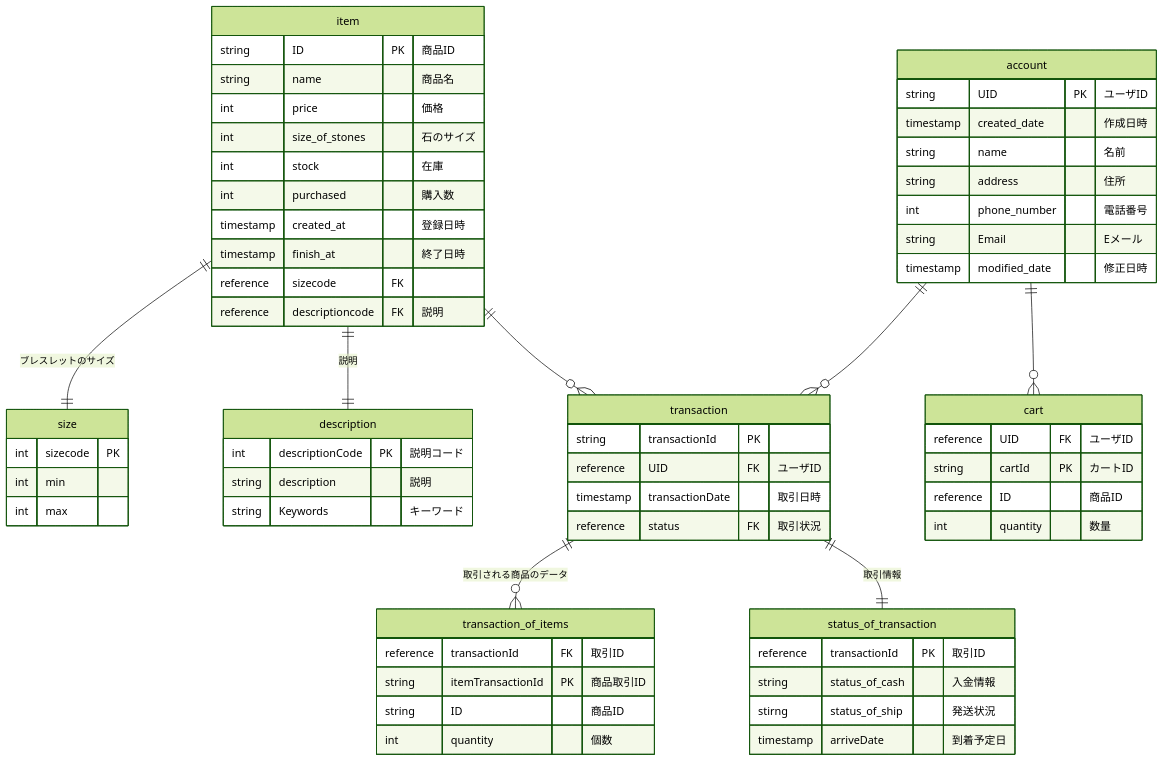
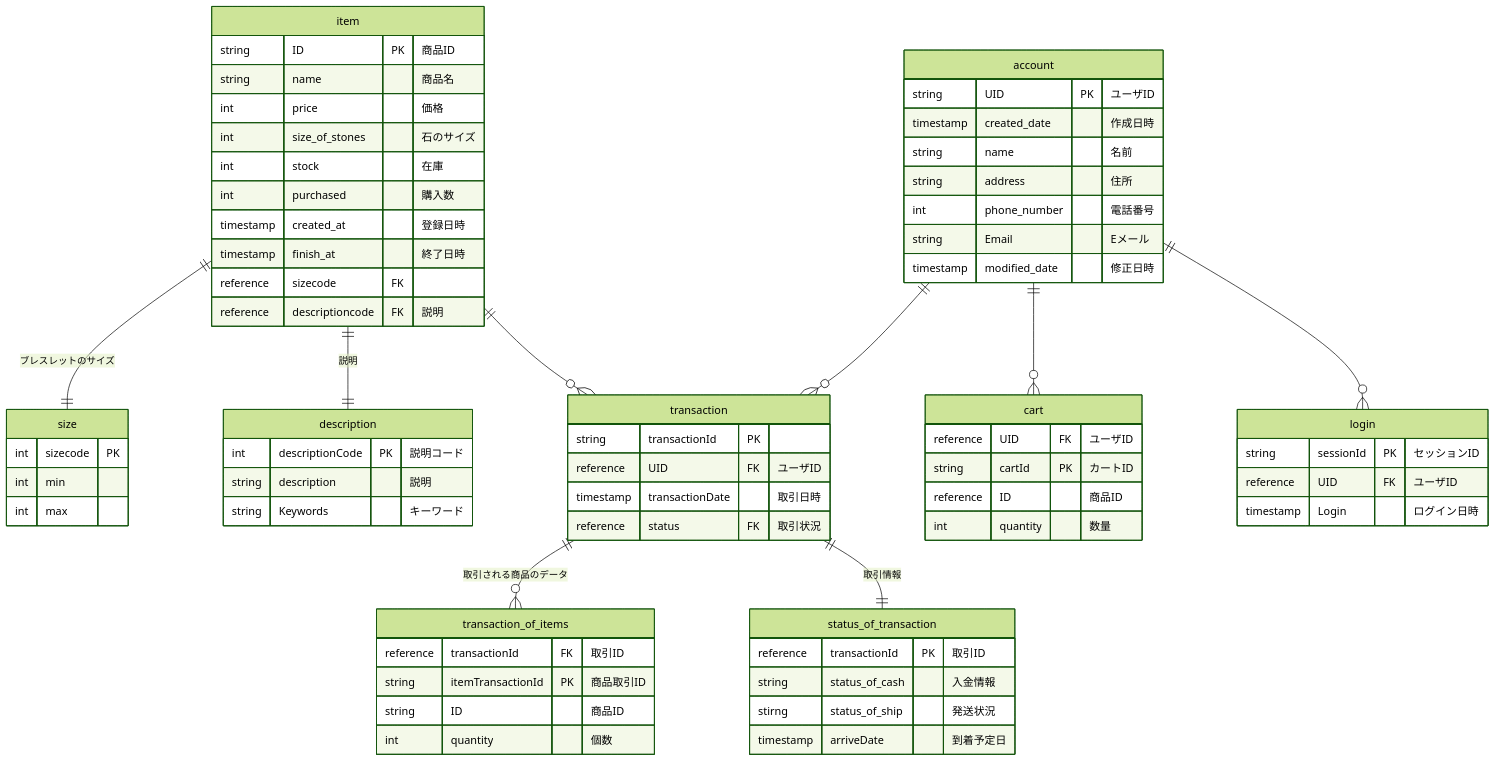
The diagram in README.md (WhatACotton/CharisWorks-BackEnd), drawn with Mermaid (forest theme) before and after one commit.

````diff
--- a/README.md
+++ b/README.md
@@ -8,67 +8,74 @@
 ```mermaid
 erDiagram 
 
 item ||--|| size:"ブレスレットのサイズ"
 item ||--|| description:"説明"
 transaction ||--o{ transaction_of_items:"取引される商品のデータ"
 item ||--o{ transaction:""
 transaction||--||status_of_transaction:"取引情報"
 account ||--o{transaction:""
 account ||--o{cart:""
+account ||--o{login:""
 
 item{
 	string ID PK "商品ID"
 	string name "商品名"
 	int price "価格"
 	int size_of_stones"石のサイズ"
 	int stock "在庫"
 	int purchased "購入数"
 	timestamp created_at"登録日時"
 	timestamp finish_at "終了日時"
 	reference sizecode FK 
 	reference descriptioncode FK "説明"
 }
 size{
 	int sizecode PK
 	int min
 	int max
 }
 description{
 	int descriptionCode PK "説明コード"
 	string description "説明"
 	string Keywords "キーワード"
 }
 transaction{
 	string transactionId PK
 	reference UID FK "ユーザID"
 	timestamp transactionDate "取引日時"
 	reference status FK "取引状況"
 }
 transaction_of_items{
 	reference transactionId FK "取引ID"
 	string itemTransactionId PK "商品取引ID"
   string ID "商品ID"
 	int quantity "個数"
 }
 status_of_transaction{
 	reference transactionId PK "取引ID"
 	string status_of_cash "入金情報"
 	stirng status_of_ship "発送状況"
 	timestamp arriveDate "到着予定日"
 }
 account{
   string UID PK "ユーザID"
   timestamp created_date "作成日時"
   string name "名前"
   string address "住所"
   int phone_number "電話番号"
   string Email "Eメール"
   timestamp modified_date "修正日時"
 }
 cart{
   reference UID FK "ユーザID"
   string cartId PK "カートID"
   reference ID "商品ID"
   int quantity "数量"
 }
+login{
+  string sessionId PK "セッションID"
+  reference UID FK "ユーザID"
+  timestamp Login "ログイン日時"
+
+}
 ```
````
